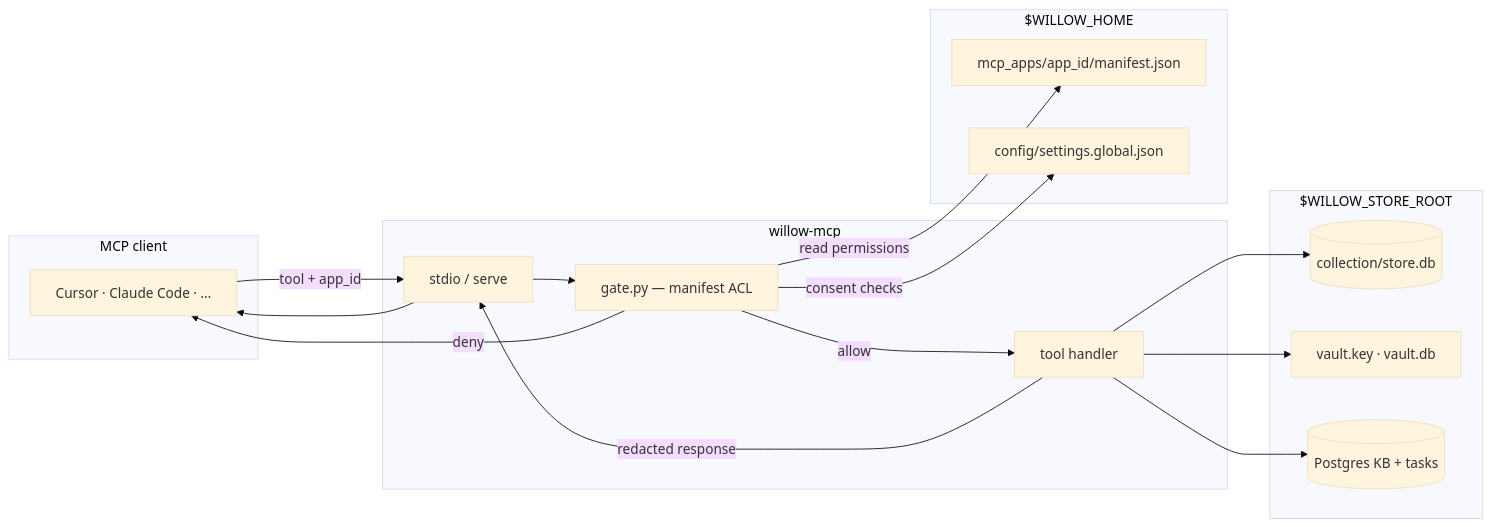
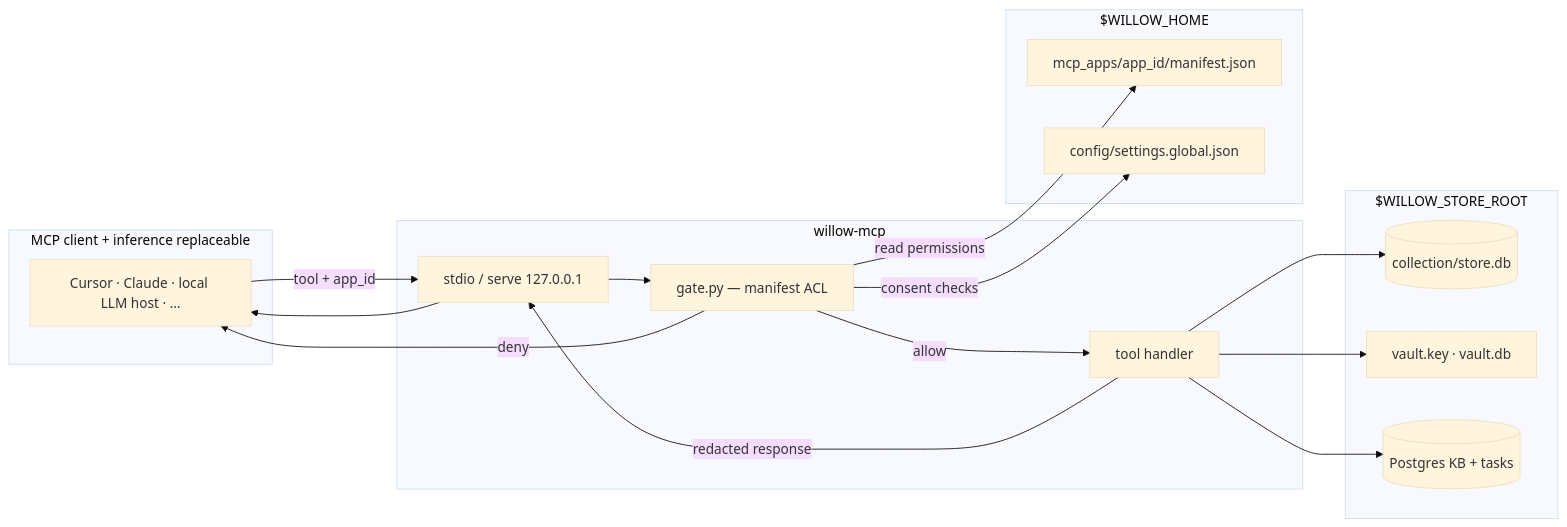
Before and after one commit to rudi193-cmd/Willow: the second of 11 diagrams in design/architecture/willow-mcp-flows.md, drawn with Mermaid (base theme). The commit also changed other lines of this file, not shown here.

First line of the commit message:
Document replaceable inference client and hard local-model routing.

````diff
--- a/design/architecture/willow-mcp-flows.md
+++ b/design/architecture/willow-mcp-flows.md
@@ -13,32 +53,32 @@
 ```mermaid
 flowchart LR
-  subgraph client["MCP client"]
-    IDE[Cursor · Claude Code · …]
+  subgraph client["MCP client + inference replaceable"]
+    IDE[Cursor · Claude · local LLM host · …]
   end
   subgraph hub["willow-mcp"]
-    SRV[stdio / serve]
+    SRV[stdio / serve 127.0.0.1]
     GATE[gate.py — manifest ACL]
     HND[tool handler]
   end
   subgraph home["$WILLOW_HOME"]
     MAN[mcp_apps/app_id/manifest.json]
     CFG[config/settings.global.json]
   end
   subgraph data["$WILLOW_STORE_ROOT"]
     SOIL[(collection/store.db)]
     SEC[vault.key · vault.db]
     PG[(Postgres KB + tasks)]
   end
 
   IDE -->|tool + app_id| SRV
   SRV --> GATE
   GATE -->|read permissions| MAN
   GATE -->|consent checks| CFG
   GATE -->|allow| HND
   GATE -->|deny| IDE
   HND --> SOIL
   HND --> SEC
   HND --> PG
   HND -->|redacted response| SRV
   SRV --> IDE
 ```
````
